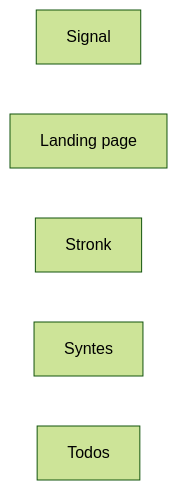
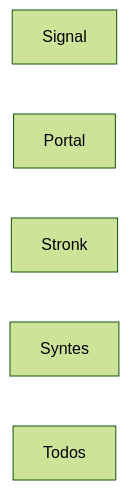
The diagram in docs/architecture.md (pepestal/lokalt-docs), drawn with Mermaid (forest theme) before and after one commit. The commit also changed 11 other files, not shown here.

Commit message:
Ta med Signals dokumentation; döp om landing-page till portal

````diff
--- a/docs/architecture.md
+++ b/docs/architecture.md
@@ -23,11 +23,11 @@
 ```mermaid
 graph LR
   signal[Signal]
-  landing[Landing page]
+  portal[Portal]
   stronk[Stronk]
   syntes[Syntes]
   todos[Todos]
 
   %% Fyll i de faktiska pilarna, t.ex.:
-  %% landing -->|REST| syntes
+  %% portal -->|REST| syntes
 ```
````
